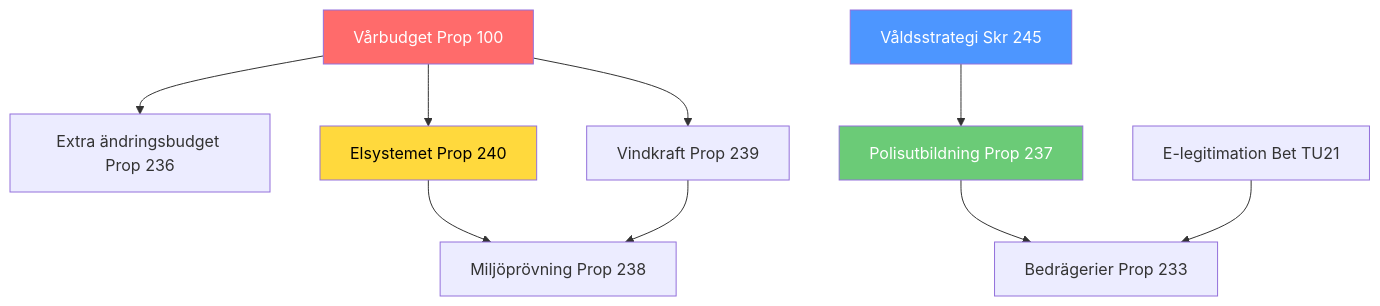
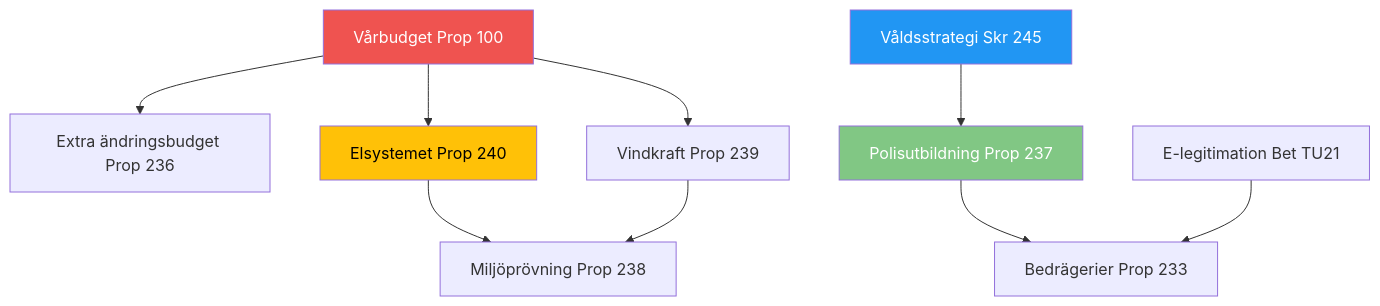
The diagram in analysis/daily/2026-04-14/realtime-1526/synthesis-summary.md (Hack23/riksdagsmonitor), drawn with Mermaid before and after one commit. The commit also changed 785 other files, not shown here.

First line of the commit message:
Normalize mermaid colors across 786 analysis artifacts to ISMS Style Guide palette

````diff
--- a/analysis/daily/2026-04-14/realtime-1526/synthesis-summary.md
+++ b/analysis/daily/2026-04-14/realtime-1526/synthesis-summary.md
@@ -42,15 +42,15 @@
 ```mermaid
 graph TD
     A["Vårbudget Prop 100"] --> B["Extra ändringsbudget Prop 236"]
     A --> C["Vindkraft Prop 239"]
     A --> D["Elsystemet Prop 240"]
     D --> E["Miljöprövning Prop 238"]
     C --> E
     F["Polisutbildning Prop 237"] --> G["Bedrägerier Prop 233"]
     H["Våldsstrategi Skr 245"] --> F
     I["E-legitimation Bet TU21"] --> G
-    style A fill:#ff6b6b,color:#fff
-    style D fill:#ffd93d,color:#000
-    style F fill:#6bcb77,color:#fff
-    style H fill:#4d96ff,color:#fff
+    style A fill:#EF5350,color:#FFFFFF
+    style D fill:#FFC107,color:#000000
+    style F fill:#81C784,color:#FFFFFF
+    style H fill:#2196F3,color:#FFFFFF
 ```
````
